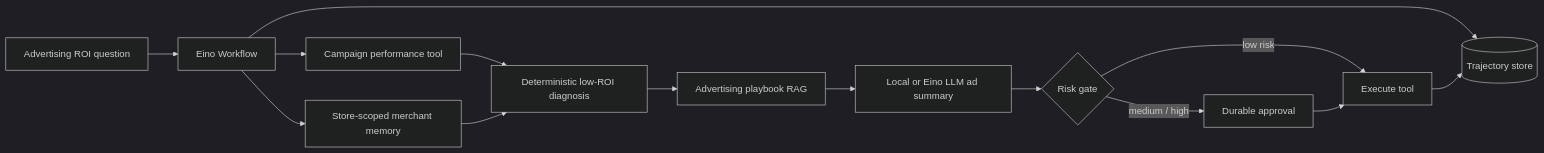
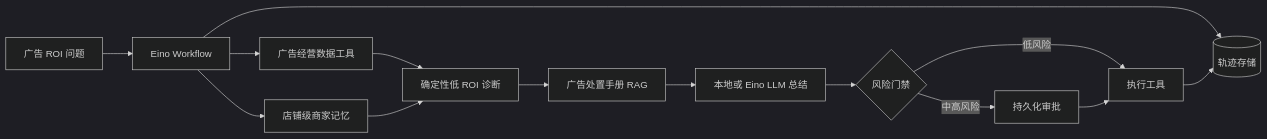
One commit to inv1sion/EvoOps changed the second of 2 diagrams in README.md. Above: the diagram before and after it, drawn with Mermaid (dark theme). The commit also changed other lines of this file and 2 other files, not shown here.

````diff
--- a/README.md
+++ b/README.md
@@ -96,16 +96,16 @@
 ```mermaid
 flowchart LR
-    Q[Advertising ROI question] --> W[Eino Workflow]
-    W --> C[Campaign performance tool]
-    W --> L[Store-scoped merchant memory]
-    C --> D[Deterministic low-ROI diagnosis]
+    Q[广告 ROI 问题] --> W[Eino Workflow]
+    W --> C[广告经营数据工具]
+    W --> L[店铺级商家记忆]
+    C --> D[确定性低 ROI 诊断]
     L --> D
-    D --> R[Advertising playbook RAG]
-    R --> S[Local or Eino LLM ad summary]
-    S --> G{Risk gate}
-    G -->|low risk| X[Execute tool]
-    G -->|medium / high| H[Durable approval]
+    D --> R[广告处置手册 RAG]
+    R --> S[本地或 Eino LLM 总结]
+    S --> G{风险门禁}
+    G -->|低风险| X[执行工具]
+    G -->|中高风险| H[持久化审批]
     H --> X
-    W --> T[(Trajectory store)]
+    W --> T[(轨迹存储)]
     X --> T
 ```
````
